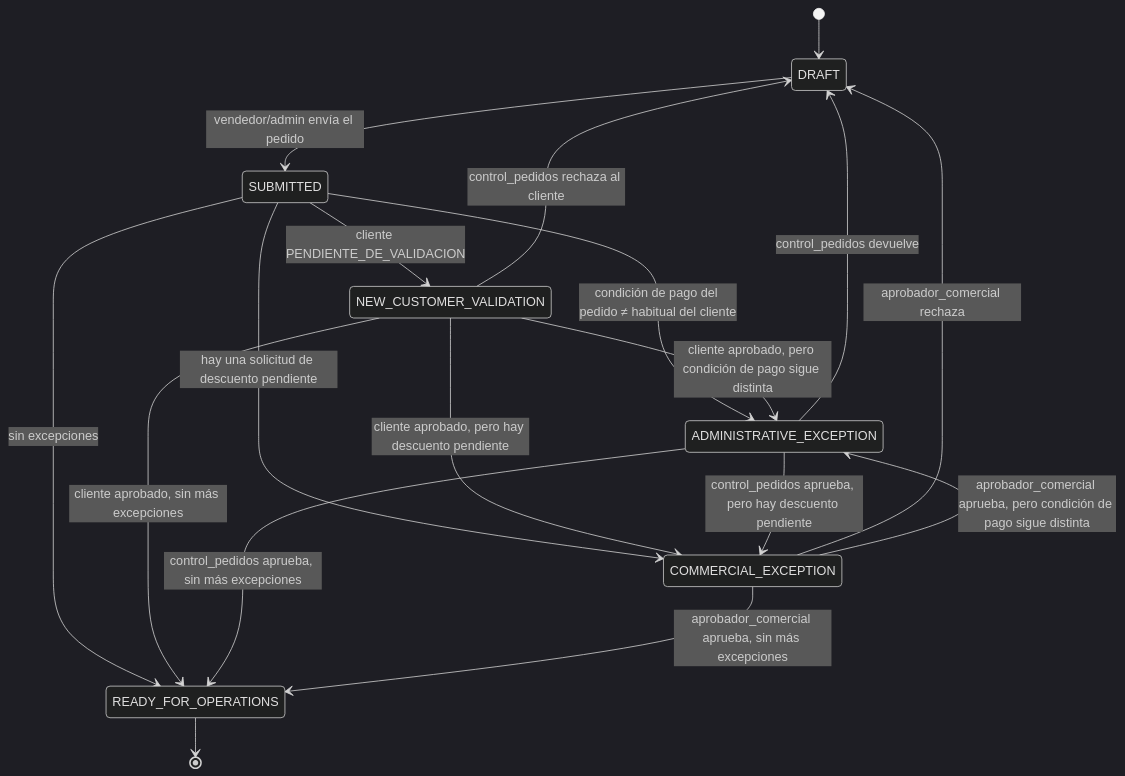
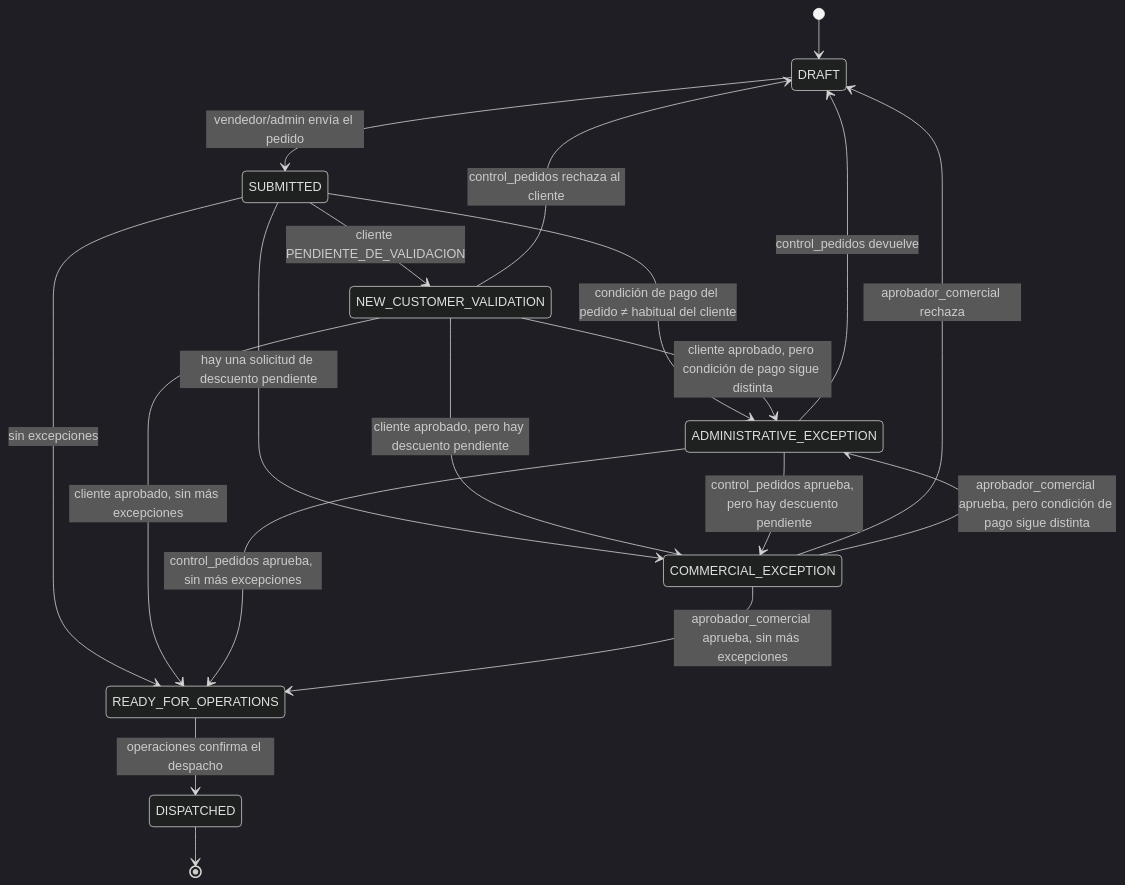
One commit to ElanHT/erp-logisalud-pedidos changed the diagram in docs/workflows.md. Above: the diagram before and after it, drawn with Mermaid (dark theme). The commit also changed other lines of this file and 52 other files, not shown here.

````diff
--- a/docs/workflows.md
+++ b/docs/workflows.md
@@ -12,20 +12,21 @@
 ```mermaid
 stateDiagram-v2
   [*] --> DRAFT
   DRAFT --> SUBMITTED: vendedor/admin envía el pedido
   SUBMITTED --> NEW_CUSTOMER_VALIDATION: cliente PENDIENTE_DE_VALIDACION
   SUBMITTED --> ADMINISTRATIVE_EXCEPTION: condición de pago del pedido ≠ habitual del cliente
   SUBMITTED --> COMMERCIAL_EXCEPTION: hay una solicitud de descuento pendiente
   SUBMITTED --> READY_FOR_OPERATIONS: sin excepciones
   NEW_CUSTOMER_VALIDATION --> DRAFT: control_pedidos rechaza al cliente
   NEW_CUSTOMER_VALIDATION --> READY_FOR_OPERATIONS: cliente aprobado, sin más excepciones
   NEW_CUSTOMER_VALIDATION --> ADMINISTRATIVE_EXCEPTION: cliente aprobado, pero condición de pago sigue distinta
   NEW_CUSTOMER_VALIDATION --> COMMERCIAL_EXCEPTION: cliente aprobado, pero hay descuento pendiente
   ADMINISTRATIVE_EXCEPTION --> DRAFT: control_pedidos devuelve
   ADMINISTRATIVE_EXCEPTION --> READY_FOR_OPERATIONS: control_pedidos aprueba, sin más excepciones
   ADMINISTRATIVE_EXCEPTION --> COMMERCIAL_EXCEPTION: control_pedidos aprueba, pero hay descuento pendiente
   COMMERCIAL_EXCEPTION --> DRAFT: aprobador_comercial rechaza
   COMMERCIAL_EXCEPTION --> READY_FOR_OPERATIONS: aprobador_comercial aprueba, sin más excepciones
   COMMERCIAL_EXCEPTION --> ADMINISTRATIVE_EXCEPTION: aprobador_comercial aprueba, pero condición de pago sigue distinta
-  READY_FOR_OPERATIONS --> [*]
+  READY_FOR_OPERATIONS --> DISPATCHED: operaciones confirma el despacho
+  DISPATCHED --> [*]
 ```
````
